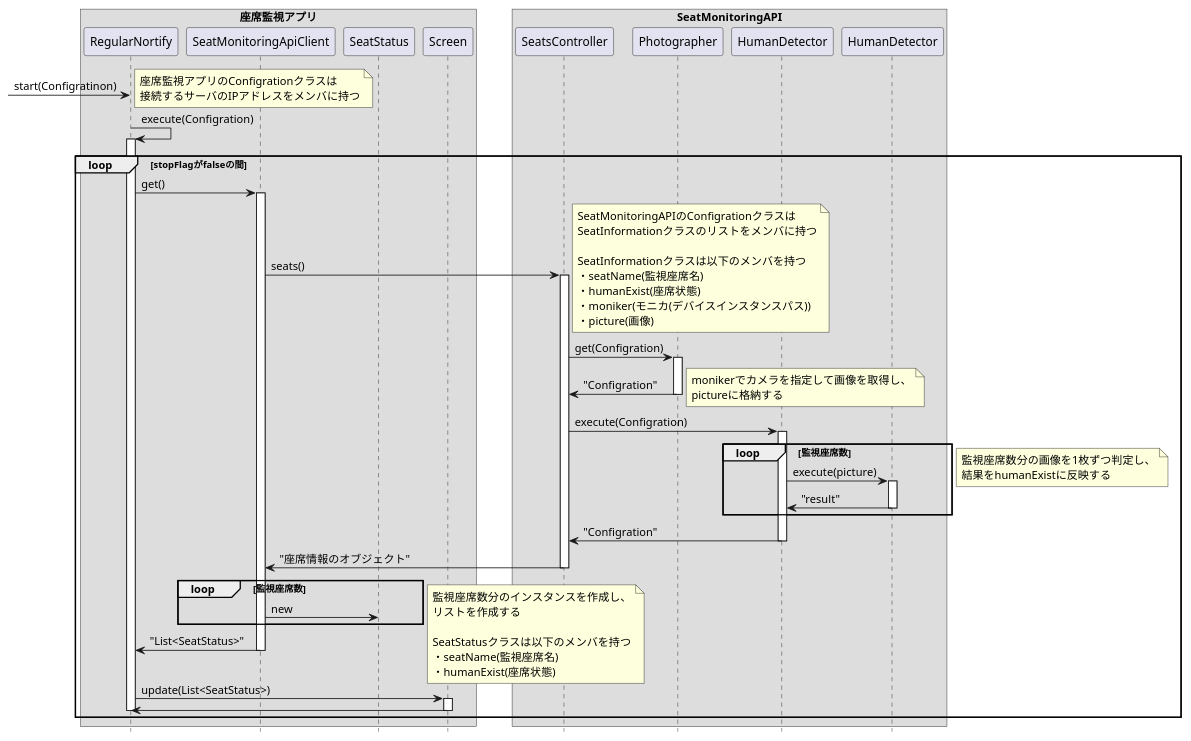
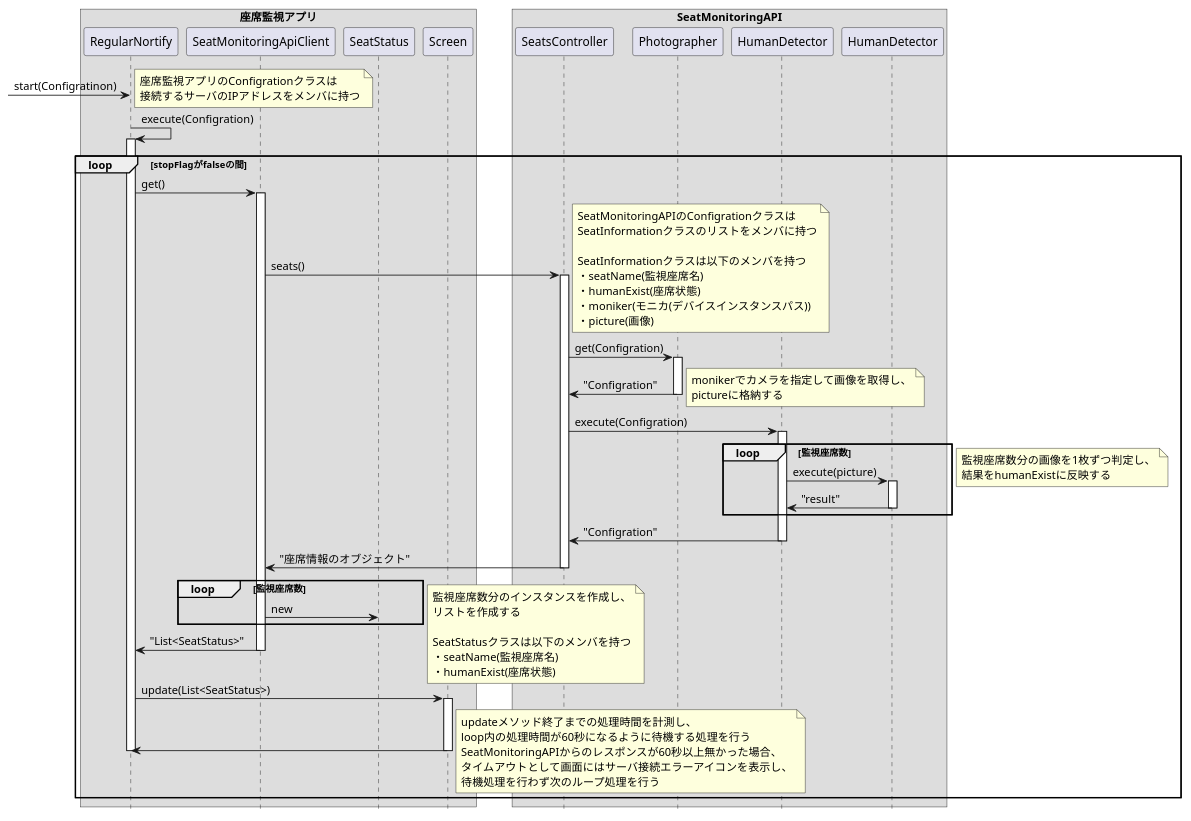
The diagram in doc/詳細設計/構成図(.pu)/座席状態確認シーケンス図2.pu (KeisukeSugita/Seat-monitoring-system), drawn with PlantUML before and after one commit.

Commit message:
図の更新

```diff
--- a/doc/詳細設計/構成図(.pu)/座席状態確認シーケンス図2.pu
+++ b/doc/詳細設計/構成図(.pu)/座席状態確認シーケンス図2.pu
@@ -1,97 +1,104 @@
 @startuml 座席状態確認シーケンス図2
 hide footbox
 skinparam BoxPadding 20
 
 box "座席監視アプリ"
 	participant "RegularNortify" as RegularNortify
 	participant "SeatMonitoringApiClient" as SeatMonitoringApiClient
 	participant "SeatStatus" as SeatStatus
 	participant "Screen" as Screen
 end box
 
 box "SeatMonitoringAPI"
 	participant "SeatsController" as SeatsController
 	participant "Photographer" as Photographer
 	participant "HumanDetector" as CsHumanDetector
 	participant "HumanDetector" as CppHumanDetector
 end box
 
 -> RegularNortify :start(Configratinon)
 note right
 	座席監視アプリのConfigrationクラスは
 	接続するサーバのIPアドレスをメンバに持つ
 end note
 
 RegularNortify -> RegularNortify : execute(Configration)
 activate RegularNortify
 
 loop stopFlagがfalseの間
 	RegularNortify -> SeatMonitoringApiClient : get()
 	activate SeatMonitoringApiClient
 
 	SeatMonitoringApiClient -> SeatsController : seats()
 	activate SeatsController
 
 	note right
 		SeatMonitoringAPIのConfigrationクラスは
 		SeatInformationクラスのリストをメンバに持つ
 
 		SeatInformationクラスは以下のメンバを持つ
 		・seatName(監視座席名)
 		・humanExist(座席状態)
 		・moniker(モニカ(デバイスインスタンスパス))
 		・picture(画像)
 	end note
 
 	SeatsController -> Photographer : get(Configration)
 	activate Photographer
 	SeatsController <- Photographer : "Configration"
 	deactivate Photographer
 	note right
 		monikerでカメラを指定して画像を取得し、
 		pictureに格納する
 	end note
 
 	SeatsController -> CsHumanDetector : execute(Configration)
 	activate CsHumanDetector
 
 	loop 監視座席数
 		CsHumanDetector -> CppHumanDetector : execute(picture)
 		activate CppHumanDetector
 		CsHumanDetector <- CppHumanDetector : "result"
 		deactivate CppHumanDetector
 	end
 	note right
 		監視座席数分の画像を1枚ずつ判定し、
 		結果をhumanExistに反映する
 	end note
 	
 	SeatsController <- CsHumanDetector : "Configration"
 	deactivate CsHumanDetector
 
 	SeatMonitoringApiClient <- SeatsController : "座席情報のオブジェクト"
 	deactivate SeatsController
 
 	loop 監視座席数
 		SeatMonitoringApiClient -> SeatStatus :new
 	end
 	note right
 		監視座席数分のインスタンスを作成し、
 		リストを作成する
 
 		SeatStatusクラスは以下のメンバを持つ
 		・seatName(監視座席名)
 		・humanExist(座席状態)
 	end note
 
 	RegularNortify <- SeatMonitoringApiClient : "List<SeatStatus>"
 	deactivate SeatMonitoringApiClient
 	|||
 	RegularNortify -> Screen : update(List<SeatStatus>)
 	activate Screen
 	RegularNortify <- Screen
 	deactivate Screen
 	deactivate RegularNortify
+	note right
+		updateメソッド終了までの処理時間を計測し、
+		loop内の処理時間が60秒になるように待機する処理を行う
+		SeatMonitoringAPIからのレスポンスが60秒以上無かった場合、
+		タイムアウトとして画面にはサーバ接続エラーアイコンを表示し、
+		待機処理を行わず次のループ処理を行う
+	end note
 end
 
 @enduml
```
